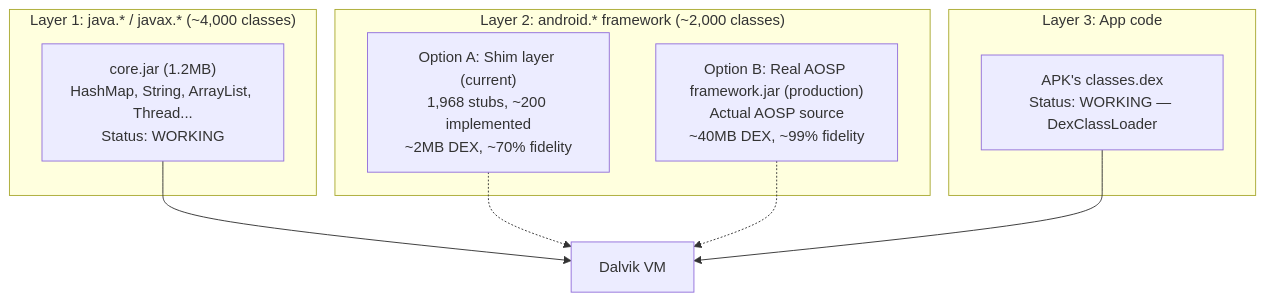
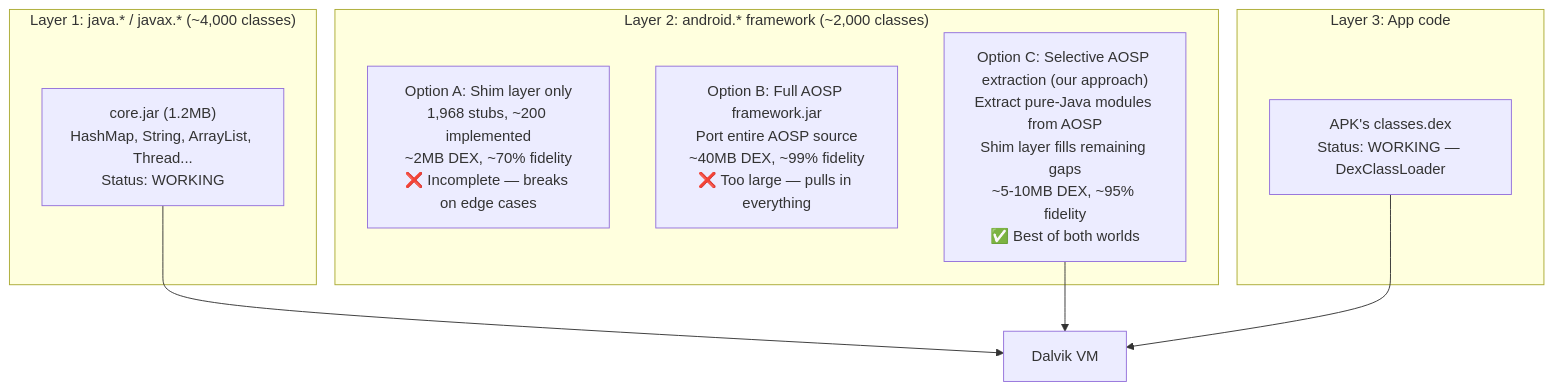
Before and after one commit to A2OH/westlake: the sixth of 23 diagrams in 02-ANDROID-AS-ENGINE.md, drawn with Mermaid. The commit also changed other lines of this file and 1 other file, not shown here.

First line of the commit message:
Docs: Option C — selective AOSP extraction strategy (EN + CN)

````diff
--- a/02-ANDROID-AS-ENGINE.md
+++ b/02-ANDROID-AS-ENGINE.md
@@ -213,18 +213,18 @@
 ```mermaid
 graph TD
     subgraph "Layer 1: java.* / javax.* (~4,000 classes)"
         L1["core.jar (1.2MB)<br/>HashMap, String, ArrayList, Thread...<br/>Status: WORKING"]
     end
     subgraph "Layer 2: android.* framework (~2,000 classes)"
-        L2A["Option A: Shim layer (current)<br/>1,968 stubs, ~200 implemented<br/>~2MB DEX, ~70% fidelity"]
-        L2B["Option B: Real AOSP framework.jar (production)<br/>Actual AOSP source<br/>~40MB DEX, ~99% fidelity"]
+        L2A["Option A: Shim layer only<br/>1,968 stubs, ~200 implemented<br/>~2MB DEX, ~70% fidelity<br/>❌ Incomplete — breaks on edge cases"]
+        L2B["Option B: Full AOSP framework.jar<br/>Port entire AOSP source<br/>~40MB DEX, ~99% fidelity<br/>❌ Too large — pulls in everything"]
+        L2C["Option C: Selective AOSP extraction (our approach)<br/>Extract pure-Java modules from AOSP<br/>Shim layer fills remaining gaps<br/>~5-10MB DEX, ~95% fidelity<br/>✅ Best of both worlds"]
     end
     subgraph "Layer 3: App code"
         L3["APK's classes.dex<br/>Status: WORKING — DexClassLoader"]
     end
 
     L1 --> VM["Dalvik VM"]
-    L2A -.-> VM
-    L2B -.-> VM
+    L2C --> VM
     L3 --> VM
 ```
````
